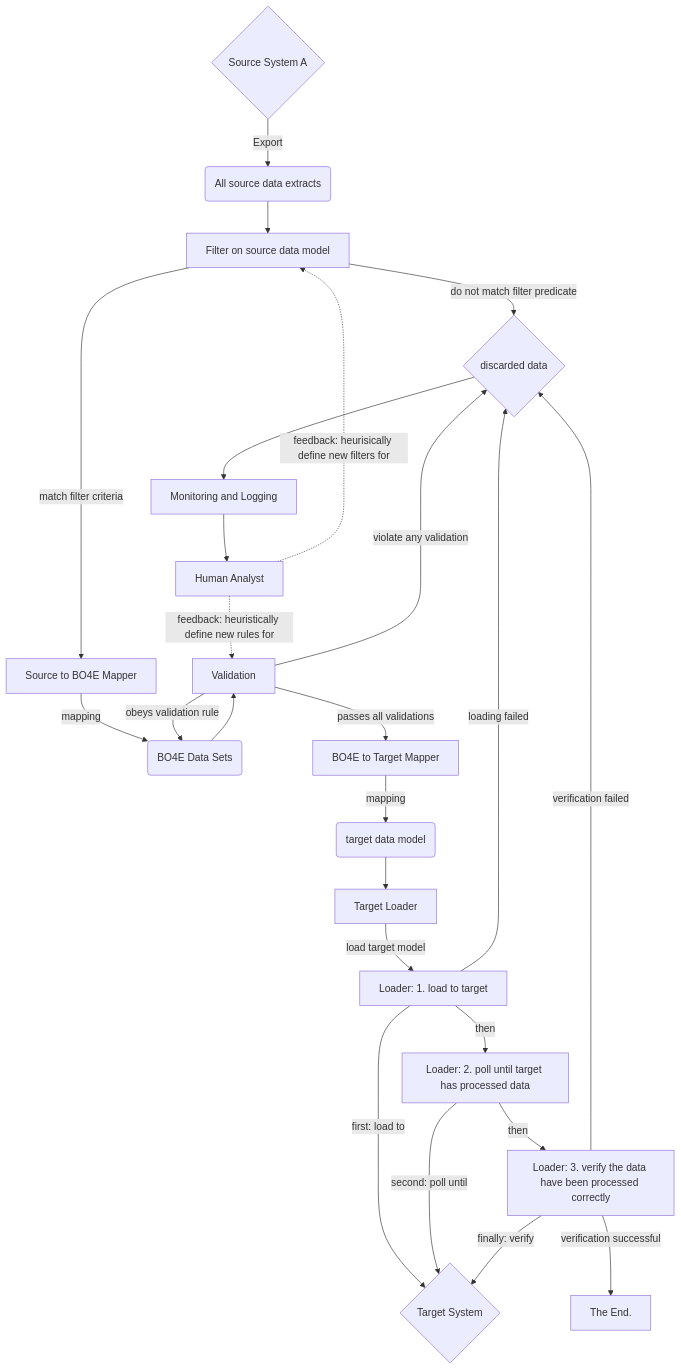
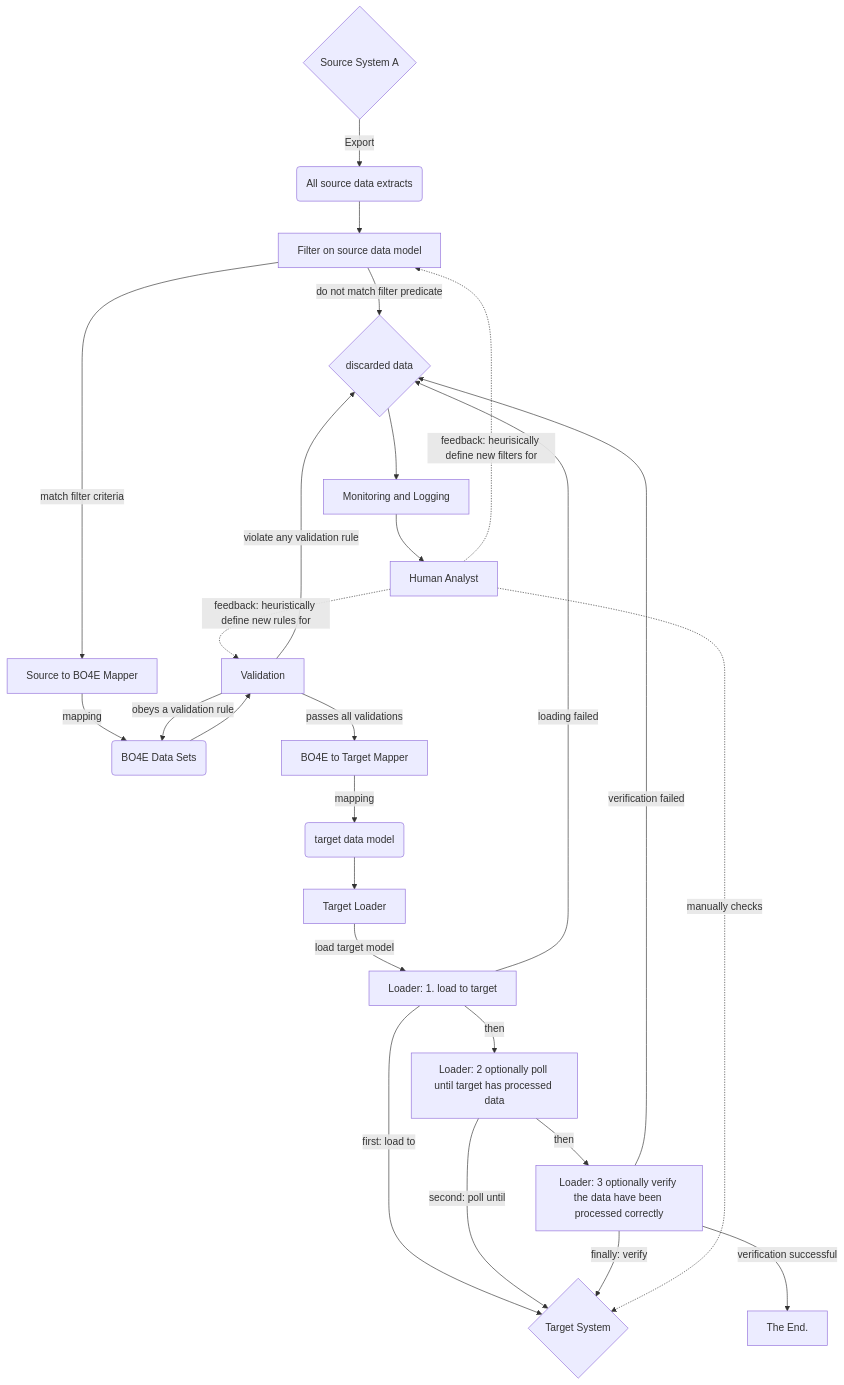
The second of 2 diagrams in README.md (Hochfrequenz/bo4e_migration_framework), drawn with Mermaid before and after one commit.

````diff
--- a/README.md
+++ b/README.md
@@ -47,27 +47,28 @@
 ```mermaid
 graph TD
     A{Source System A} -->|Export| B(All source data extracts)
     B -->C[Filter on source data model]
     C -->|do not match filter predicate| Z{discarded data}
     C -->|match filter criteria| D[Source to BO4E Mapper]
     D -->|mapping| E(BO4E Data Sets)
     E -->F[Validation]
-    F -->|obeys validation rule|E
-    F -->|violate any validation|Z
+    F -->|obeys a validation rule|E
+    F -->|violate any validation rule|Z
     F -->|passes all validations| G[BO4E to Target Mapper]
     G -->|mapping| H(target data model)
     H -->I[Target Loader]
     I -->|load target model|L1[Loader: 1. load to target]
     L1 -->|first: load to|T{Target System}
-    L1 -->|then|L2[Loader: 2. poll until target has processed data]
+    L1 -->|then|L2[Loader: 2 optionally poll until target has processed data]
     L2 -->|second: poll until|T
-    L2 -->|then|L3[Loader: 3. verify the data have been processed correctly]
+    L2 -->|then|L3[Loader: 3 optionally verify the data have been processed correctly]
     L3 -->|finally: verify|T
     L3 -->|verification failed|Z
     L1 -->|loading failed|Z
     L3 -->|verification successful|Y[The End.]
     Z-->Z1[Monitoring and Logging]
     Z1-->Z2[Human Analyst]
+    Z2 -.->|manually checks| T
     Z2 -.->|feedback: heuristically define new rules for|F
     Z2 -.->|feedback: heurisically define new filters for|C
 ```
````
